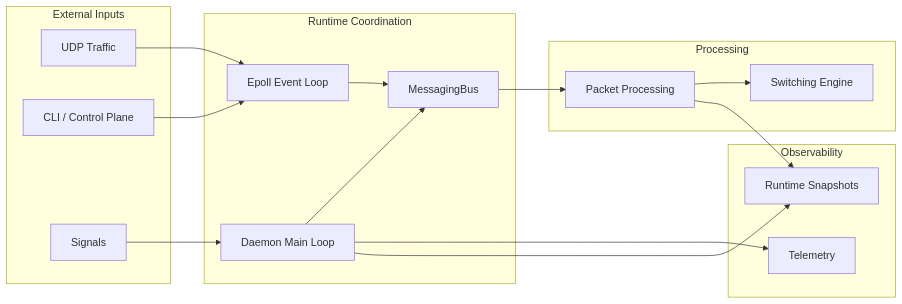
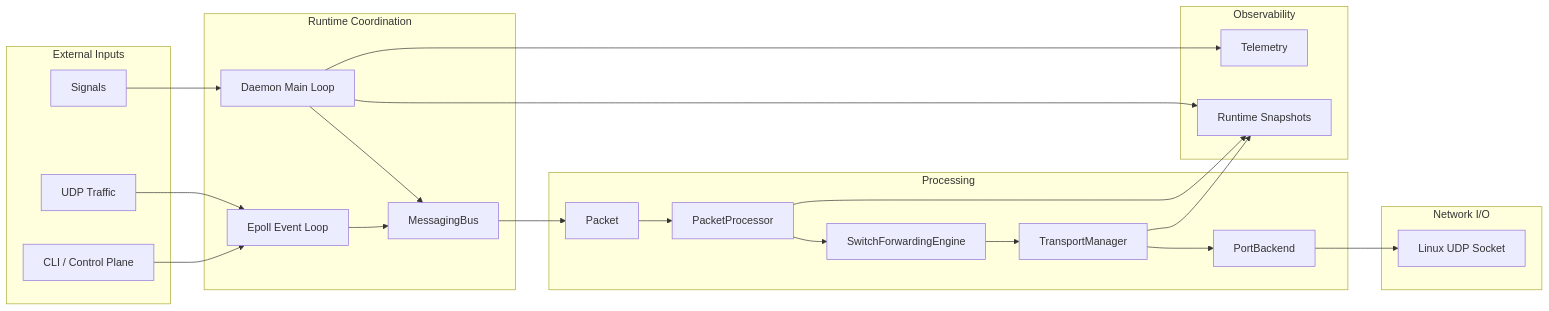
Before and after one commit to togunchan/EdgeNetSwitch: the diagram in README.md, drawn with Mermaid. The commit also changed other lines of this file and 1 other file, not shown here.

````diff
--- a/README.md
+++ b/README.md
@@ -56,35 +57,47 @@
 ```mermaid
 flowchart LR
     subgraph Inputs["External Inputs"]
         UdpTraffic["UDP Traffic"]
         ControlInput["CLI / Control Plane"]
         Signals["Signals"]
     end
 
     subgraph Coordination["Runtime Coordination"]
         MainLoop["Daemon Main Loop"]
         EpollLoop["Epoll Event Loop"]
         Bus["MessagingBus"]
     end
 
     subgraph Processing["Processing"]
-        PacketProcessing["Packet Processing"]
-        Switching["Switching Engine"]
+        Packet["Packet"]
+        PacketProcessor["PacketProcessor"]
+        SwitchForwardingEngine["SwitchForwardingEngine"]
+        TransportManager["TransportManager"]
+        PortBackend["PortBackend"]
+    end
+
+    subgraph Network["Network I/O"]
+        UdpSocket["Linux UDP Socket"]
     end
 
     subgraph Observability["Observability"]
         Telemetry["Telemetry"]
         Snapshots["Runtime Snapshots"]
     end
 
     UdpTraffic --> EpollLoop
     ControlInput --> EpollLoop
     Signals --> MainLoop
     MainLoop --> Bus
     EpollLoop --> Bus
-    Bus --> PacketProcessing
-    PacketProcessing --> Switching
+    Bus --> Packet
+    Packet --> PacketProcessor
+    PacketProcessor --> SwitchForwardingEngine
+    SwitchForwardingEngine --> TransportManager
+    TransportManager --> PortBackend
+    PortBackend --> UdpSocket
     MainLoop --> Telemetry
     MainLoop --> Snapshots
-    PacketProcessing --> Snapshots
+    PacketProcessor --> Snapshots
+    TransportManager --> Snapshots
 ```
````
